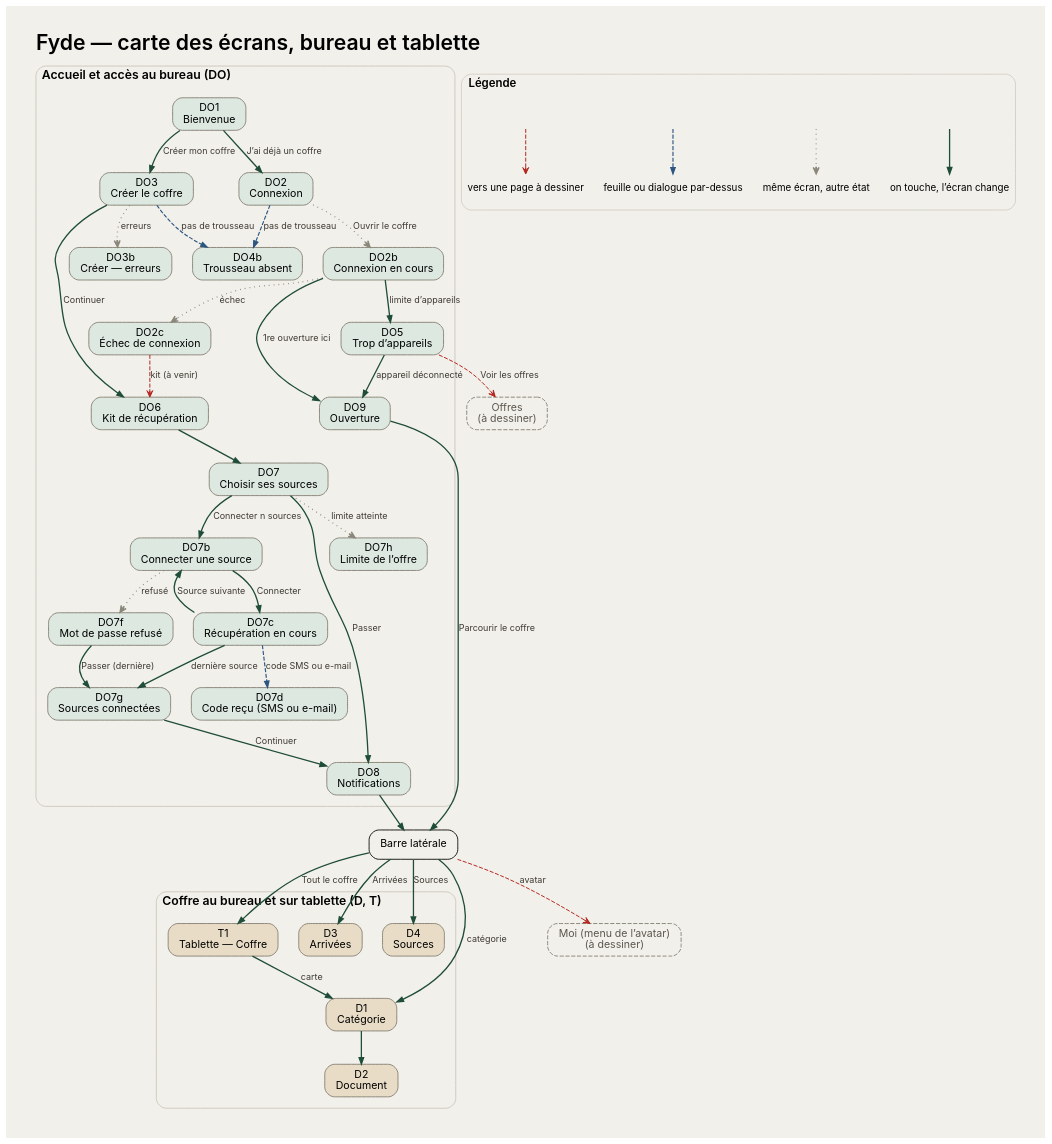
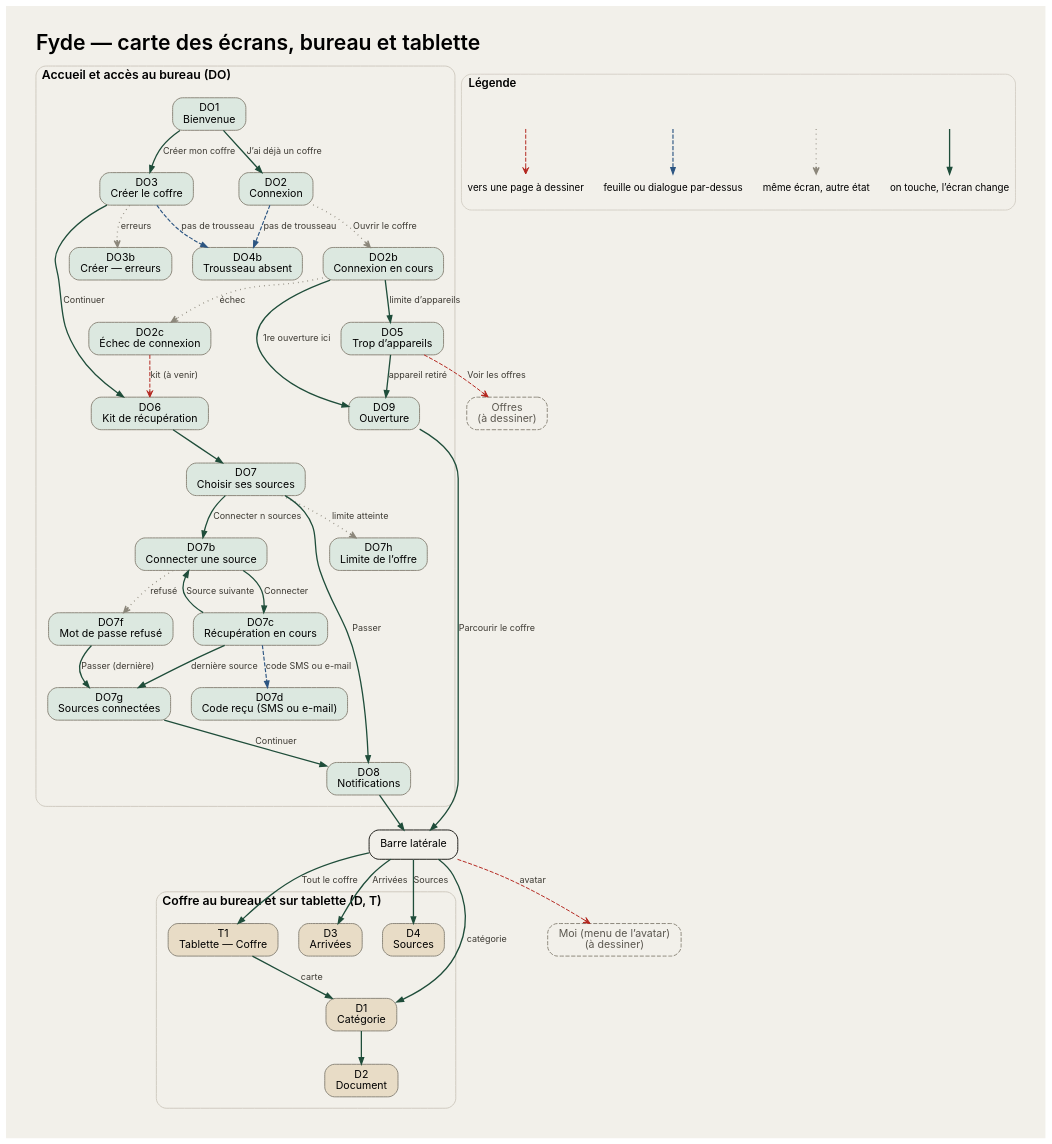
One commit to fyde-lab/application changed the diagram in design/assets/maps/carte-bureau.dot. Above: the diagram before and after it, drawn with Graphviz. The commit also changed 43 other files, not shown here.

```diff
--- a/design/assets/maps/carte-bureau.dot
+++ b/design/assets/maps/carte-bureau.dot
@@ -1,76 +1,76 @@
 digraph "carte-bureau" {
 rankdir=TB; newrank=true; compound=true; nodesep=0.35; ranksep=0.55;
 label="Fyde — carte des écrans, bureau et tablette"; labelloc=t; labeljust=l; fontsize=26; fontname="Inter SemiBold"; pad=0.4; bgcolor="#F2F0EA";
 node [fontname="Inter" fontsize=13 margin="0.18,0.08" penwidth=1.2];
 edge [fontname="Inter" fontsize=11 fontcolor="#3d3a33" arrowsize=0.8];
 "PLANS" [label="Offres\n(à dessiner)" shape=box style="rounded,dashed,filled" color="#8C877B" fillcolor="#F2F0EA" fontcolor="#5B574F"];
 subgraph "cluster_donb" { label="Accueil et accès au bureau (DO)"; fontname="Inter SemiBold"; fontsize=15; style="rounded"; color="#CFCAC0"; penwidth=1.2; margin=14;
   "DO1" [label="DO1\nBienvenue" shape=box style="rounded,filled" color="#8C877B" fillcolor="#DCE8E0"];
   "DO2" [label="DO2\nConnexion" shape=box style="rounded,filled" color="#8C877B" fillcolor="#DCE8E0"];
   "DO2b" [label="DO2b\nConnexion en cours" shape=box style="rounded,filled" color="#8C877B" fillcolor="#DCE8E0"];
   "DO2c" [label="DO2c\nÉchec de connexion" shape=box style="rounded,filled" color="#8C877B" fillcolor="#DCE8E0"];
   "DO3" [label="DO3\nCréer le coffre" shape=box style="rounded,filled" color="#8C877B" fillcolor="#DCE8E0"];
   "DO3b" [label="DO3b\nCréer — erreurs" shape=box style="rounded,filled" color="#8C877B" fillcolor="#DCE8E0"];
   "DO4b" [label="DO4b\nTrousseau absent" shape=box style="rounded,filled" color="#8C877B" fillcolor="#DCE8E0"];
   "DO5" [label="DO5\nTrop d’appareils" shape=box style="rounded,filled" color="#8C877B" fillcolor="#DCE8E0"];
   "DO6" [label="DO6\nKit de récupération" shape=box style="rounded,filled" color="#8C877B" fillcolor="#DCE8E0"];
   "DO7" [label="DO7\nChoisir ses sources" shape=box style="rounded,filled" color="#8C877B" fillcolor="#DCE8E0"];
   "DO7h" [label="DO7h\nLimite de l’offre" shape=box style="rounded,filled" color="#8C877B" fillcolor="#DCE8E0"];
   "DO7b" [label="DO7b\nConnecter une source" shape=box style="rounded,filled" color="#8C877B" fillcolor="#DCE8E0"];
   "DO7c" [label="DO7c\nRécupération en cours" shape=box style="rounded,filled" color="#8C877B" fillcolor="#DCE8E0"];
   "DO7d" [label="DO7d\nCode reçu (SMS ou e-mail)" shape=box style="rounded,filled" color="#8C877B" fillcolor="#DCE8E0"];
   "DO7f" [label="DO7f\nMot de passe refusé" shape=box style="rounded,filled" color="#8C877B" fillcolor="#DCE8E0"];
   "DO7g" [label="DO7g\nSources connectées" shape=box style="rounded,filled" color="#8C877B" fillcolor="#DCE8E0"];
   "DO8" [label="DO8\nNotifications" shape=box style="rounded,filled" color="#8C877B" fillcolor="#DCE8E0"];
   "DO9" [label="DO9\nOuverture" shape=box style="rounded,filled" color="#8C877B" fillcolor="#DCE8E0"];
 }
 "SIDE" [label="Barre latérale" shape=box style="rounded,bold" color="#1C1B17" fillcolor="#FFFFFF"];
 subgraph "cluster_dapp" { label="Coffre au bureau et sur tablette (D, T)"; fontname="Inter SemiBold"; fontsize=15; style="rounded"; color="#CFCAC0"; penwidth=1.2; margin=14;
   "T1" [label="T1\nTablette — Coffre" shape=box style="rounded,filled" color="#8C877B" fillcolor="#E8DCC6"];
   "D1" [label="D1\nCatégorie" shape=box style="rounded,filled" color="#8C877B" fillcolor="#E8DCC6"];
   "D2" [label="D2\nDocument" shape=box style="rounded,filled" color="#8C877B" fillcolor="#E8DCC6"];
   "D3" [label="D3\nArrivées" shape=box style="rounded,filled" color="#8C877B" fillcolor="#E8DCC6"];
   "D4" [label="D4\nSources" shape=box style="rounded,filled" color="#8C877B" fillcolor="#E8DCC6"];
 }
 "DMOI" [label="Moi (menu de l’avatar)\n(à dessiner)" shape=box style="rounded,dashed,filled" color="#8C877B" fillcolor="#F2F0EA" fontcolor="#5B574F"];
 "DO1" -> "DO2" [color="#1F4D3A" penwidth=1.6 label="J’ai déjà un coffre"];
 "DO1" -> "DO3" [color="#1F4D3A" penwidth=1.6 label="Créer mon coffre"];
 "DO2" -> "DO2b" [color="#8C877B" style=dotted penwidth=1.6 arrowhead=open label="Ouvrir le coffre"];
 "DO2b" -> "DO2c" [color="#8C877B" style=dotted penwidth=1.6 arrowhead=open label="échec"];
 "DO2" -> "DO4b" [color="#2C5582" style=dashed penwidth=1.4 label="pas de trousseau"];
 "DO2b" -> "DO5" [color="#1F4D3A" penwidth=1.6 label="limite d’appareils"];
 "DO2b" -> "DO9" [color="#1F4D3A" penwidth=1.6 label="1re ouverture ici"];
-"DO5" -> "DO9" [color="#1F4D3A" penwidth=1.6 label="appareil déconnecté"];
+"DO5" -> "DO9" [color="#1F4D3A" penwidth=1.6 label="appareil retiré"];
 "DO5" -> "PLANS" [color="#B3261E" style=dashed penwidth=1.2 arrowhead=open label="Voir les offres"];
 "DO2c" -> "DO6" [color="#B3261E" style=dashed penwidth=1.2 arrowhead=open label="kit (à venir)"];
 "DO3" -> "DO3b" [color="#8C877B" style=dotted penwidth=1.6 arrowhead=open label="erreurs"];
 "DO3" -> "DO4b" [color="#2C5582" style=dashed penwidth=1.4 label="pas de trousseau"];
 "DO3" -> "DO6" [color="#1F4D3A" penwidth=1.6 label="Continuer"];
 "DO6" -> "DO7" [color="#1F4D3A" penwidth=1.6];
 "DO7" -> "DO7h" [color="#8C877B" style=dotted penwidth=1.6 arrowhead=open label="limite atteinte"];
 "DO7" -> "DO7b" [color="#1F4D3A" penwidth=1.6 label="Connecter n sources"];
 "DO7" -> "DO8" [color="#1F4D3A" penwidth=1.6 label="Passer"];
 "DO7b" -> "DO7c" [color="#1F4D3A" penwidth=1.6 label="Connecter"];
 "DO7b" -> "DO7f" [color="#8C877B" style=dotted penwidth=1.6 arrowhead=open label="refusé"];
 "DO7c" -> "DO7d" [color="#2C5582" style=dashed penwidth=1.4 label="code SMS ou e-mail"];
 "DO7c" -> "DO7b" [color="#1F4D3A" penwidth=1.6 label="Source suivante"];
 "DO7c" -> "DO7g" [color="#1F4D3A" penwidth=1.6 label="dernière source"];
 "DO7f" -> "DO7g" [color="#1F4D3A" penwidth=1.6 label="Passer (dernière)"];
 "DO7g" -> "DO8" [color="#1F4D3A" penwidth=1.6 label="Continuer"];
 "DO8" -> "SIDE" [color="#1F4D3A" penwidth=1.6];
 "DO9" -> "SIDE" [color="#1F4D3A" penwidth=1.6 label="Parcourir le coffre"];
 "SIDE" -> "T1" [color="#1F4D3A" penwidth=1.6 label="Tout le coffre"];
 "SIDE" -> "D1" [color="#1F4D3A" penwidth=1.6 label="catégorie"];
 "SIDE" -> "D3" [color="#1F4D3A" penwidth=1.6 label="Arrivées"];
 "SIDE" -> "D4" [color="#1F4D3A" penwidth=1.6 label="Sources"];
 "SIDE" -> "DMOI" [color="#B3261E" style=dashed penwidth=1.2 arrowhead=open label="avatar"];
 "D1" -> "D2" [color="#1F4D3A" penwidth=1.6];
 "T1" -> "D1" [color="#1F4D3A" penwidth=1.6 label="carte"];
 subgraph cluster_legend { label="Légende"; fontname="Inter SemiBold"; fontsize=14; style=rounded; color="#CFCAC0";
   node [shape=plaintext fontsize=12 margin=0];
   la [label=""]; lb [label="on touche, l’écran change"]; lc [label=""]; ld [label="même écran, autre état"];
   le [label=""]; lf [label="feuille ou dialogue par-dessus"]; lg [label=""]; lh [label="vers une page à dessiner"];
   la -> lb [color="#1F4D3A" penwidth=1.6]; lc -> ld [color="#8C877B" style=dotted penwidth=1.6 arrowhead=open];
   le -> lf [color="#2C5582" style=dashed penwidth=1.4]; lg -> lh [color="#B3261E" style=dashed penwidth=1.2 arrowhead=open];
 }
 }
```
